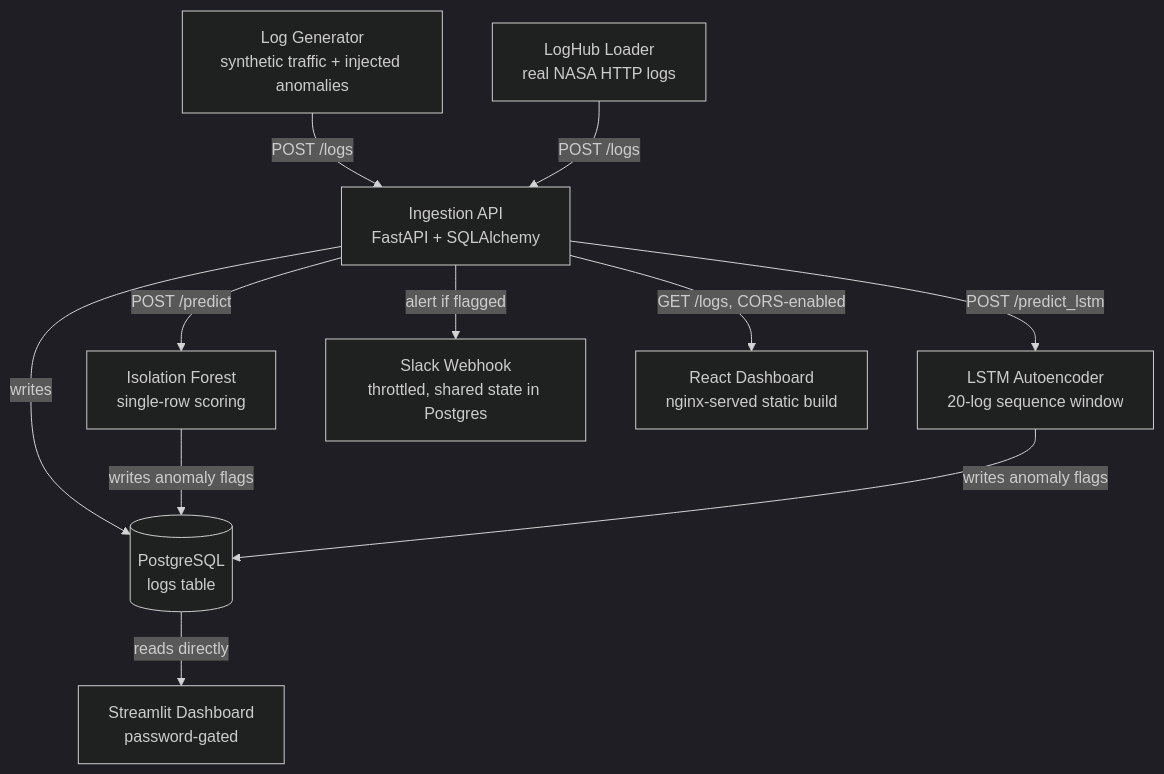
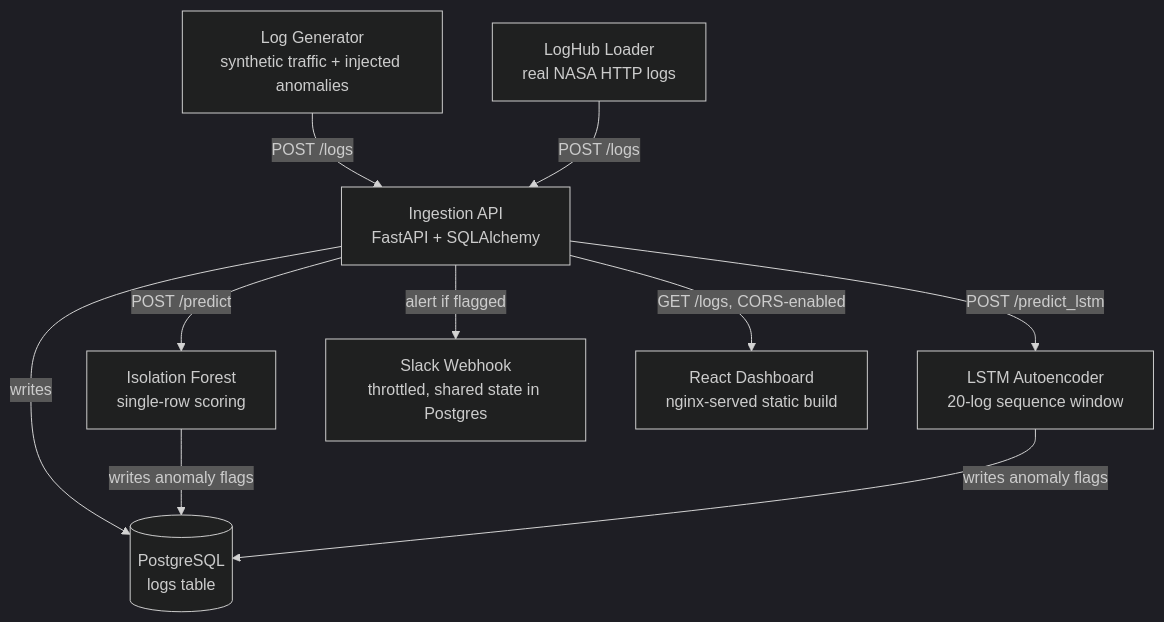
The diagram in README.md (KayTheCoder-101/log-anomaly-dashboard), drawn with Mermaid (dark theme) before and after one commit. The commit also changed other lines of this file and 4 other files, not shown here.

````diff
--- a/README.md
+++ b/README.md
@@ -9,13 +9,12 @@
 ```mermaid
 flowchart TD
     A[Log Generator<br/>synthetic traffic + injected anomalies] -->|POST /logs| B[Ingestion API<br/>FastAPI + SQLAlchemy]
     A2[LogHub Loader<br/>real NASA HTTP logs] -->|POST /logs| B
     B -->|writes| C[(PostgreSQL<br/>logs table)]
     B -->|POST /predict| D[Isolation Forest<br/>single-row scoring]
     B -->|POST /predict_lstm| E[LSTM Autoencoder<br/>20-log sequence window]
     D -->|writes anomaly flags| C
     E -->|writes anomaly flags| C
     B -->|alert if flagged| G[Slack Webhook<br/>throttled, shared state in Postgres]
-    C -->|reads directly| F[Streamlit Dashboard<br/>password-gated]
     B -->|GET /logs, CORS-enabled| H[React Dashboard<br/>nginx-served static build]
 ```
````
